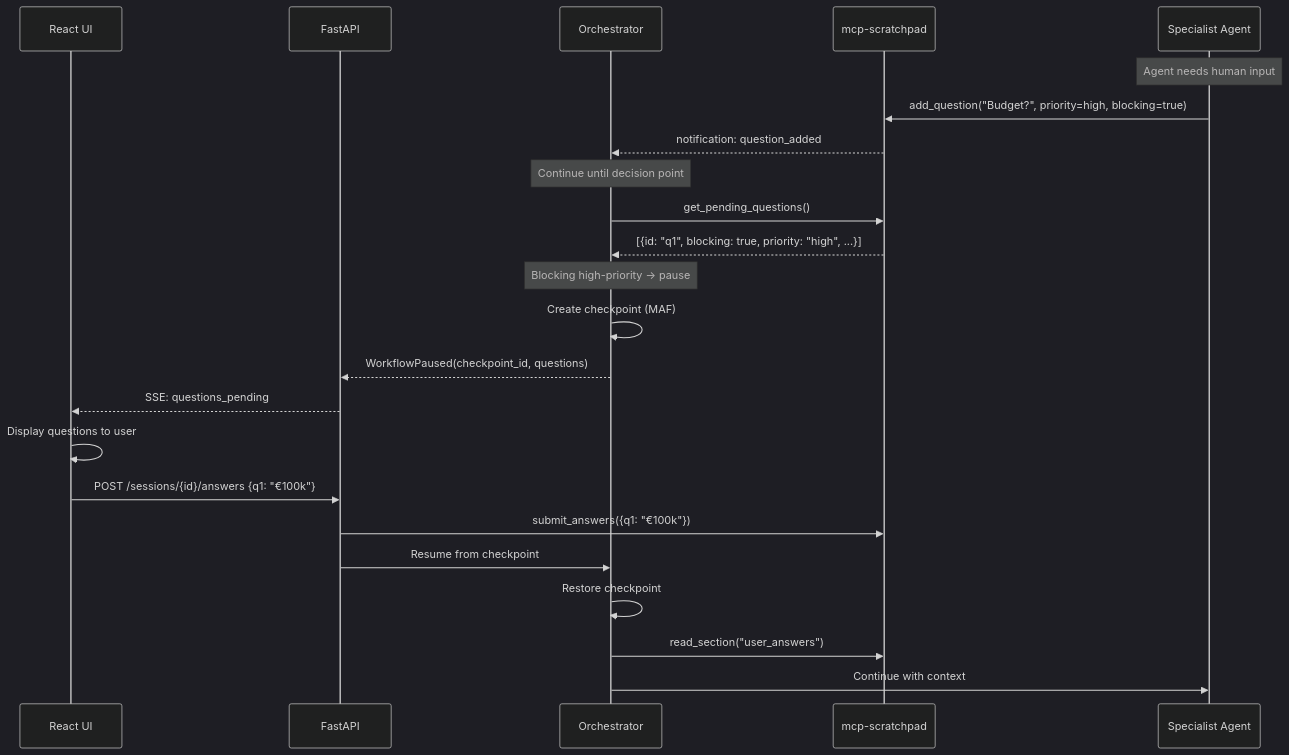
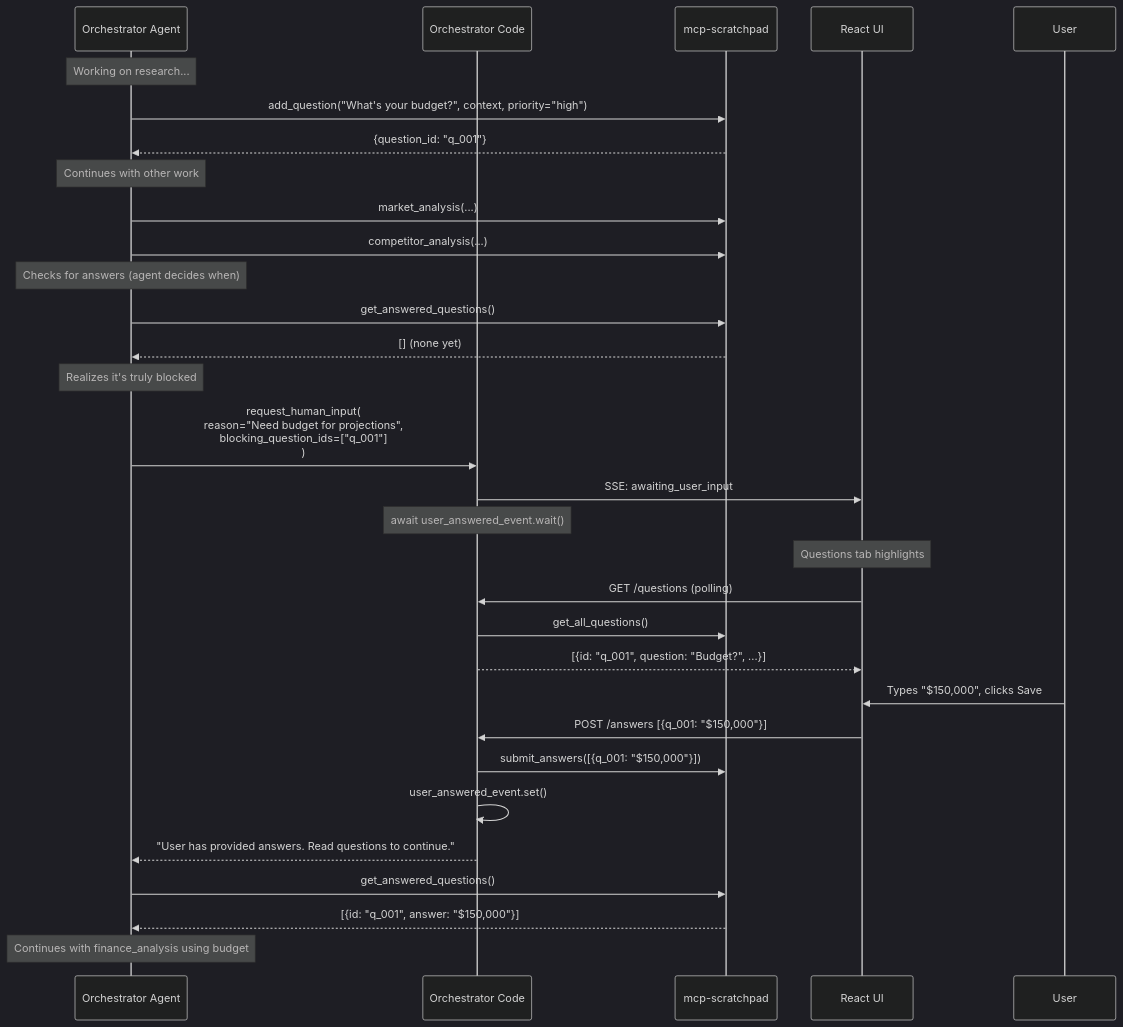
Before and after one commit to cloud-ai-summit-cz/ai: the fourth of 7 diagrams in specs/services/agent-research-orchestrator/ARCHITECTURE.md, drawn with Mermaid (dark theme). The commit also changed other lines of this file and 21 other files, not shown here.

````diff
--- a/specs/services/agent-research-orchestrator/ARCHITECTURE.md
+++ b/specs/services/agent-research-orchestrator/ARCHITECTURE.md
@@ -246,32 +254,42 @@
 ```mermaid
 sequenceDiagram
+    participant Agent as Orchestrator Agent
+    participant Orch as Orchestrator Code
+    participant SP as mcp-scratchpad
     participant UI as React UI
-    participant API as FastAPI
-    participant Orch as Orchestrator
-    participant SP as mcp-scratchpad
-    participant Agent as Specialist Agent
+    participant User
+
+    Note over Agent: Working on research...
+    Agent->>SP: add_question("What's your budget?", context, priority="high")
+    SP-->>Agent: {question_id: "q_001"}
     
-    Note over Agent: Agent needs human input
-    Agent->>SP: add_question("Budget?", priority=high, blocking=true)
-    SP-->>Orch: notification: question_added
+    Note over Agent: Continues with other work
+    Agent->>SP: market_analysis(...)
+    Agent->>SP: competitor_analysis(...)
     
-    Note over Orch: Continue until decision point
+    Note over Agent: Checks for answers (agent decides when)
+    Agent->>SP: get_answered_questions()
+    SP-->>Agent: [] (none yet)
     
-    Orch->>SP: get_pending_questions()
-    SP-->>Orch: [{id: "q1", blocking: true, priority: "high", ...}]
+    Note over Agent: Realizes it's truly blocked
+    Agent->>Orch: request_human_input(<br/>  reason="Need budget for projections",<br/>  blocking_question_ids=["q_001"]<br/>)
     
-    Note over Orch: Blocking high-priority → pause
+    Orch->>UI: SSE: awaiting_user_input
+    Note over Orch: await user_answered_event.wait()
     
-    Orch->>Orch: Create checkpoint (MAF)
-    Orch-->>API: WorkflowPaused(checkpoint_id, questions)
-    API-->>UI: SSE: questions_pending
+    Note over UI: Questions tab highlights
+    UI->>Orch: GET /questions (polling)
+    Orch->>SP: get_all_questions()
+    Orch-->>UI: [{id: "q_001", question: "Budget?", ...}]
     
-    UI->>UI: Display questions to user
-    UI->>API: POST /sessions/{id}/answers {q1: "€100k"}
-    API->>SP: submit_answers({q1: "€100k"})
-    API->>Orch: Resume from checkpoint
+    User->>UI: Types "$150,000", clicks Save
+    UI->>Orch: POST /answers [{q_001: "$150,000"}]
+    Orch->>SP: submit_answers([{q_001: "$150,000"}])
+    Orch->>Orch: user_answered_event.set()
     
-    Orch->>Orch: Restore checkpoint
-    Orch->>SP: read_section("user_answers")
-    Orch->>Agent: Continue with context
+    Orch-->>Agent: "User has provided answers. Read questions to continue."
+    Agent->>SP: get_answered_questions()
+    SP-->>Agent: [{id: "q_001", answer: "$150,000"}]
+    
+    Note over Agent: Continues with finance_analysis using budget
 ```
````
